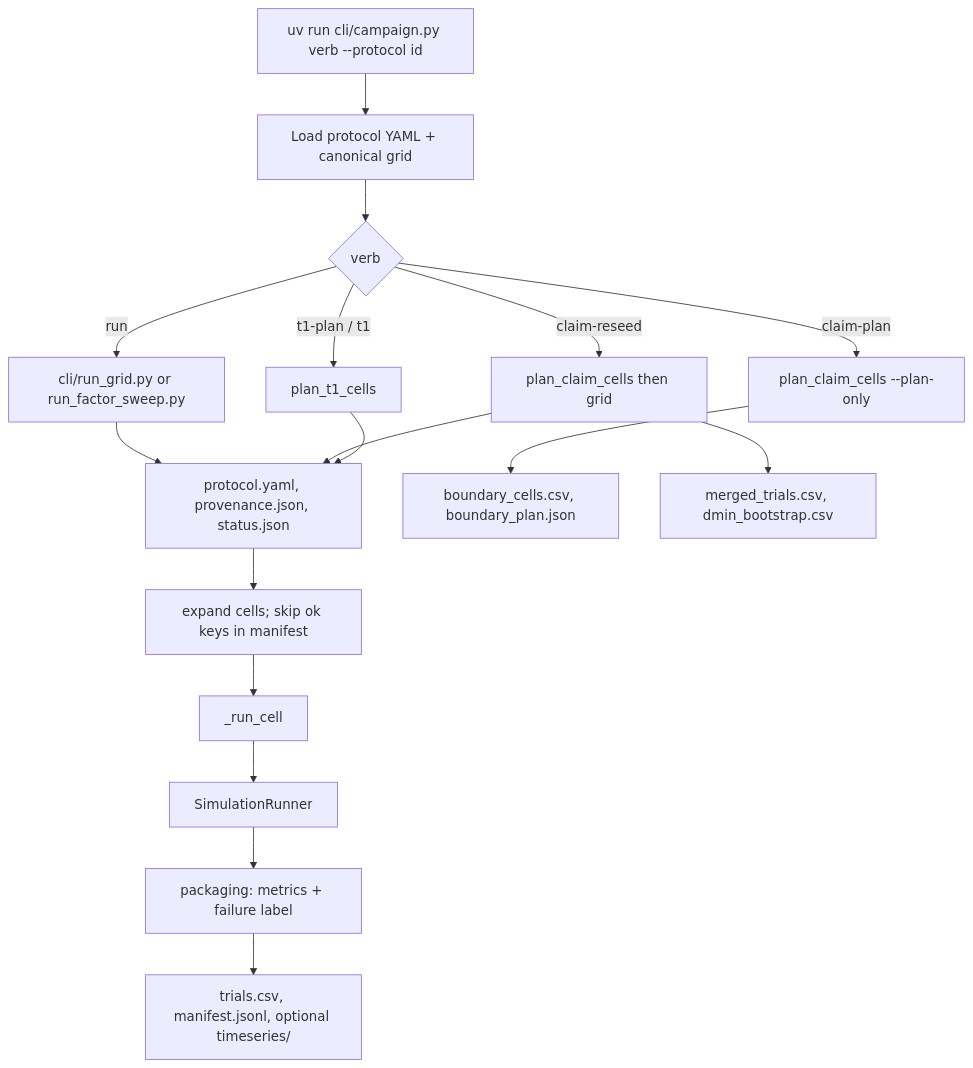
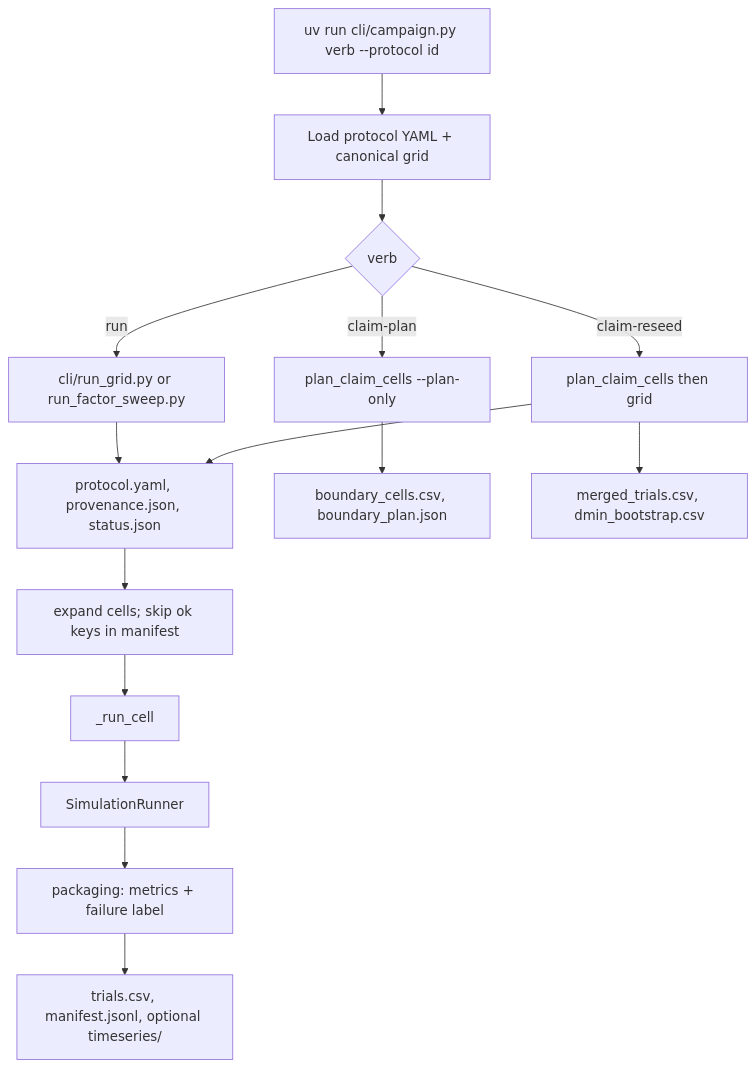
Before and after one commit to lykimq/HerdSim: the third of 4 diagrams in docs/codes/architecture.md, drawn with Mermaid. The commit also changed other lines of this file and 21 other files, not shown here.

````diff
--- a/docs/codes/architecture.md
+++ b/docs/codes/architecture.md
@@ -119,24 +119,22 @@
 ```mermaid
 flowchart TB
   cmd["uv run cli/campaign.py verb --protocol id"]
   load["Load protocol YAML + canonical grid"]
   verb{"verb"}
 
   cmd --> load --> verb
 
   verb -->|run| grid["cli/run_grid.py or run_factor_sweep.py"]
   verb -->|claim-plan| plan["plan_claim_cells --plan-only"]
   verb -->|claim-reseed| reseed["plan_claim_cells then grid"]
-  verb -->|t1-plan / t1| t1["plan_t1_cells"]
 
   grid --> prep["protocol.yaml, provenance.json, status.json"]
   reseed --> prep
-  t1 --> prep
   prep --> pool["expand cells; skip ok keys in manifest"]
   pool --> cell["_run_cell"]
   cell --> eng["SimulationRunner"]
   eng --> pack["packaging: metrics + failure label"]
   pack --> write["trials.csv, manifest.jsonl, optional timeseries/"]
   plan --> boundaries["boundary_cells.csv, boundary_plan.json"]
   reseed --> merge["merged_trials.csv, dmin_bootstrap.csv"]
 ```
````
